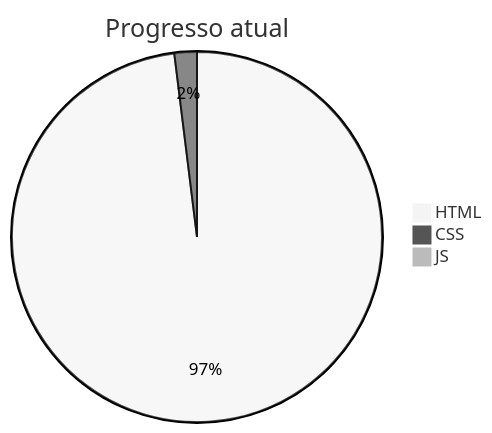
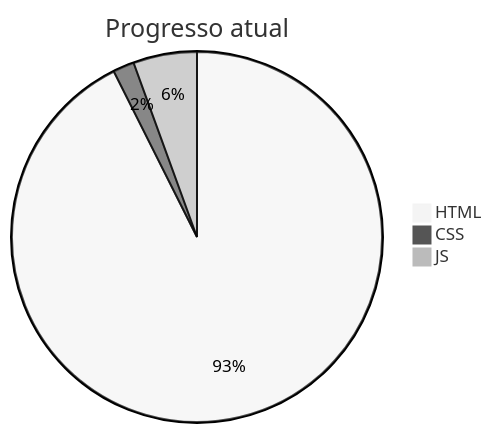
The diagram in README.md (mariasaldanhaa/dio-curso-frontend), drawn with Mermaid (neutral theme) before and after one commit.

Commit message:
docs: atualizando o README com novos tópicos de aprendizado e colocando HTML como concluído

````diff
--- a/README.md
+++ b/README.md
@@ -19,6 +19,6 @@
 ```mermaid
 pie title Progresso atual  
          "HTML" : 100
          "CSS" : 2
-         "JS" : 1
+         "JS" : 6
 ```
````
